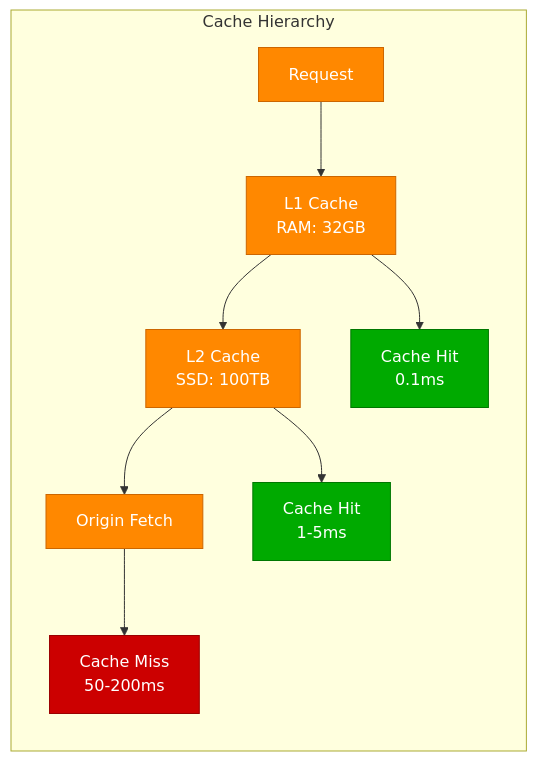
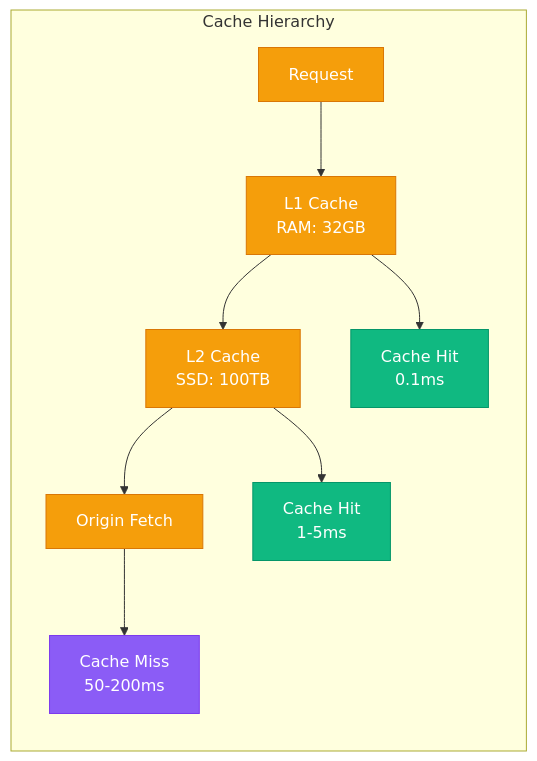
Before and after one commit to deepaucksharma/DS: the sixth of 6 diagrams in site/docs/systems/cloudflare/request-flow.md, drawn with Mermaid. The commit also changed other lines of this file and 303 other files, not shown here.

````diff
--- a/site/docs/systems/cloudflare/request-flow.md
+++ b/site/docs/systems/cloudflare/request-flow.md
@@ -184,21 +184,21 @@
 ```mermaid
 graph LR
     subgraph "Cache Hierarchy"
         REQUEST[Request] --> L1[L1 Cache<br/>RAM: 32GB]
         L1 --> L2[L2 Cache<br/>SSD: 100TB]
         L2 --> ORIGIN[Origin Fetch]
 
         L1 --> HIT1[Cache Hit<br/>0.1ms]
         L2 --> HIT2[Cache Hit<br/>1-5ms]
         ORIGIN --> MISS[Cache Miss<br/>50-200ms]
     end
 
     %% Apply colors
-    classDef stateStyle fill:#FF8800,stroke:#CC6600,color:#fff
-    classDef hitStyle fill:#00AA00,stroke:#007700,color:#fff
-    classDef missStyle fill:#CC0000,stroke:#990000,color:#fff
+    classDef stateStyle fill:#F59E0B,stroke:#D97706,color:#fff
+    classDef hitStyle fill:#10B981,stroke:#059669,color:#fff
+    classDef missStyle fill:#8B5CF6,stroke:#7C3AED,color:#fff
 
     class REQUEST,L1,L2,ORIGIN stateStyle
     class HIT1,HIT2 hitStyle
     class MISS missStyle
 ```
````
